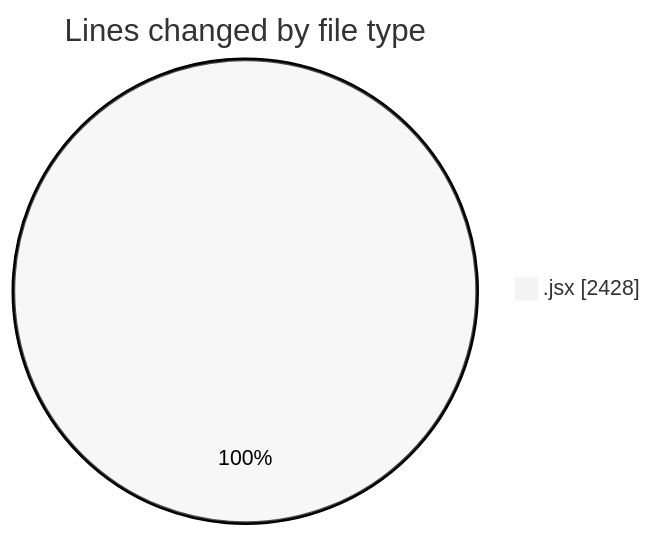
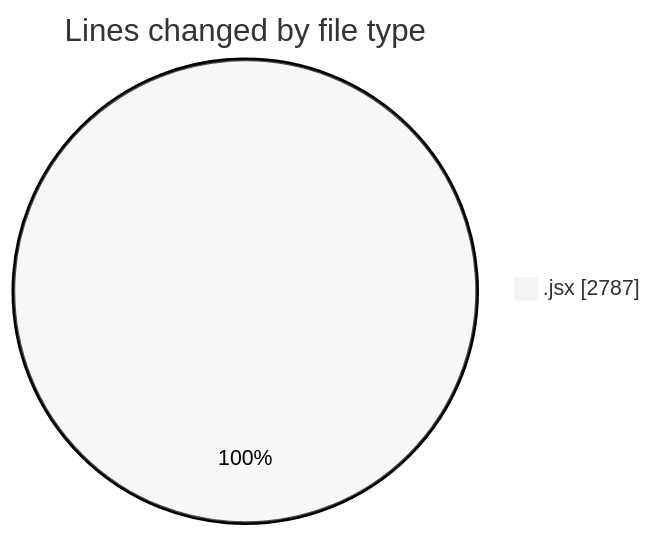
One commit to nxtqubesakshisongat/code-tracking changed the first of 2 diagrams in 2025-05-13/argos-dev/README.md. Above: the diagram before and after it, drawn with Mermaid (neutral theme). The commit also changed other lines of this file and 1 other file, not shown here.

````diff
--- a/2025-05-13/argos-dev/README.md
+++ b/2025-05-13/argos-dev/README.md
@@ -23,5 +24,5 @@
 ```mermaid
 pie showData
 title Lines changed by file type
-".jsx" : 2428
+".jsx" : 2787
 ```
````
